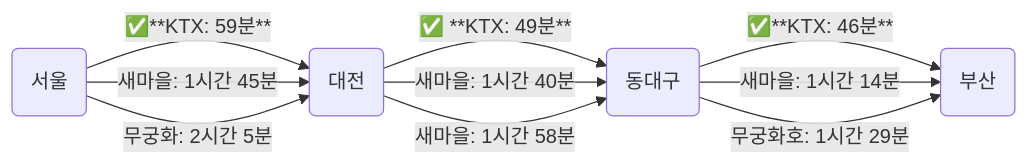
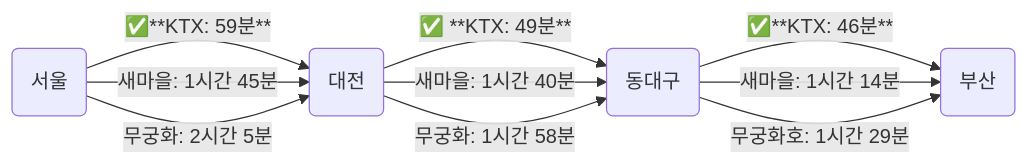
One commit to iceflower/iceflower.github.io changed the first of 6 diagrams in _posts/2024-10-16-greedy-algorithm.md. Above: the diagram before and after it, drawn with Mermaid. The commit also changed other lines of this file, not shown here.

```diff
--- a/_posts/2024-10-16-greedy-algorithm.md
+++ b/_posts/2024-10-16-greedy-algorithm.md
@@ -46,12 +47,12 @@
 <div class="mermaid"> 
-flowchart LR
+  flowchart LR
     A("서울") -- "✅**KTX: 59분**" --> B("대전")
     A -- "새마을: 1시간 45분" --> B
     A -- "무궁화: 2시간 5분" --> B
     B -- "✅ **KTX: 49분**" --> C("동대구")
     B -- "새마을: 1시간 40분" --> C
-    B -- "새마을: 1시간 58분" --> C
+    B -- "무궁화: 1시간 58분" --> C
     C -- "✅**KTX: 46분**" --> D("부산")
     C -- "새마을: 1시간 14분" --> D
     C -- "무궁화호: 1시간 29분" --> D
 </div>
```
